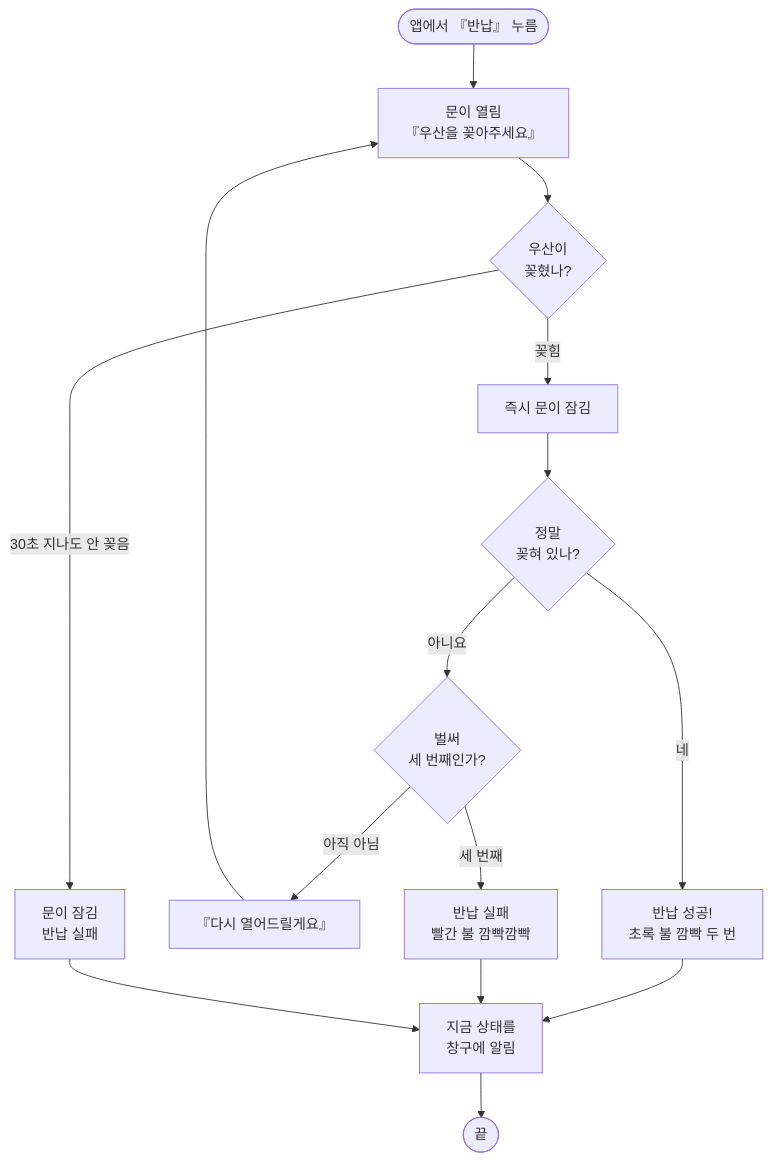
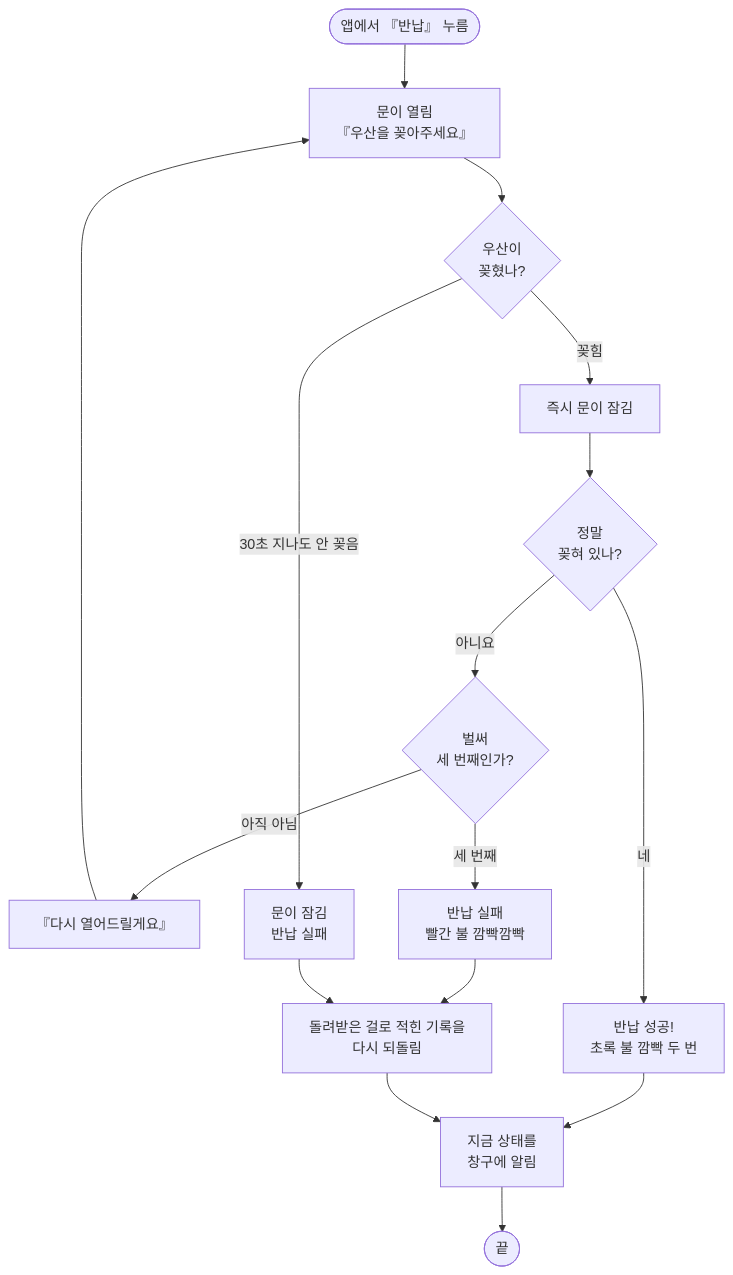
Before and after one commit to ralralra/eps32: the third of 4 diagrams in esp32-class-projects/06_umbrella/step5_locker/flowchart.md, drawn with Mermaid. The commit also changed other lines of this file and 3 other files, not shown here.

````diff
--- a/esp32-class-projects/06_umbrella/step5_locker/flowchart.md
+++ b/esp32-class-projects/06_umbrella/step5_locker/flowchart.md
@@ -54,18 +54,19 @@
 ```mermaid
 flowchart TD
     A(["앱에서 『반납』 누름"]) --> C["문이 열림<br/>『우산을 꽂아주세요』"]
     C --> F{"우산이<br/>꽂혔나?"}
     F -- "꽂힘" --> E["즉시 문이 잠김"]
     E --> V{"정말<br/>꽂혀 있나?"}
     V -- "네" --> G["반납 성공!<br/>초록 불 깜빡 두 번"]
     G --> H["지금 상태를<br/>창구에 알림"]
     H --> Z(["끝"])
 
     V -- "아니요" --> I{"벌써<br/>세 번째인가?"}
     I -- "아직 아님" --> J["『다시 열어드릴게요』"]
     J --> C
     I -- "세 번째" --> K["반납 실패<br/>빨간 불 깜빡깜빡"]
-    K --> H
+    K --> R["돌려받은 걸로 적힌 기록을<br/>다시 되돌림"]
+    R --> H
     F -- "30초 지나도 안 꽂음" --> T["문이 잠김<br/>반납 실패"]
-    T --> H
+    T --> R
 ```
````
